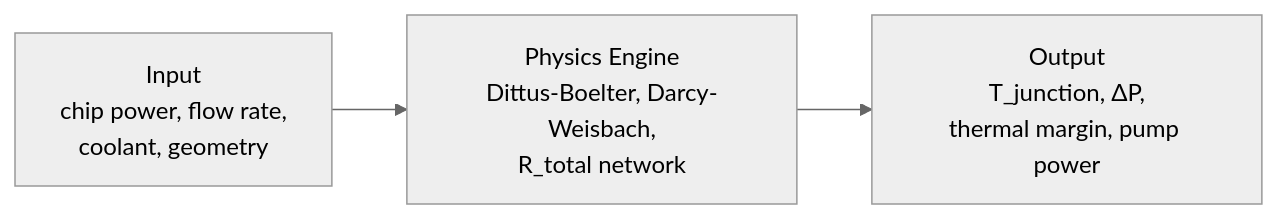
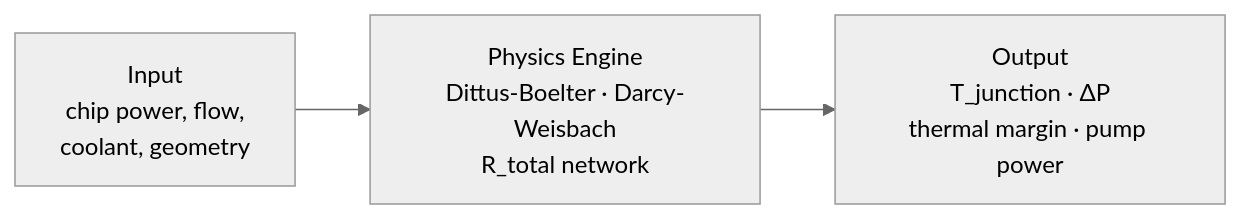
One commit to riccardovietri/thermal-mcp-server changed the diagram in README.md. Above: the diagram before and after it, drawn with Mermaid (neutral theme). The commit also changed other lines of this file and 7 other files, not shown here.

````diff
--- a/README.md
+++ b/README.md
@@ -129,5 +101,5 @@
 ```mermaid
 flowchart LR
-    A["Input\nchip power, flow rate,\ncoolant, geometry"] --> B["Physics Engine\nDittus-Boelter, Darcy-Weisbach,\nR_total network"]
-    B --> C["Output\nT_junction, ΔP,\nthermal margin, pump power"]
+    A["Input\nchip power, flow,\ncoolant, geometry"] --> B["Physics Engine\nDittus-Boelter · Darcy-Weisbach\nR_total network"]
+    B --> C["Output\nT_junction · ΔP\nthermal margin · pump power"]
 ```
````
